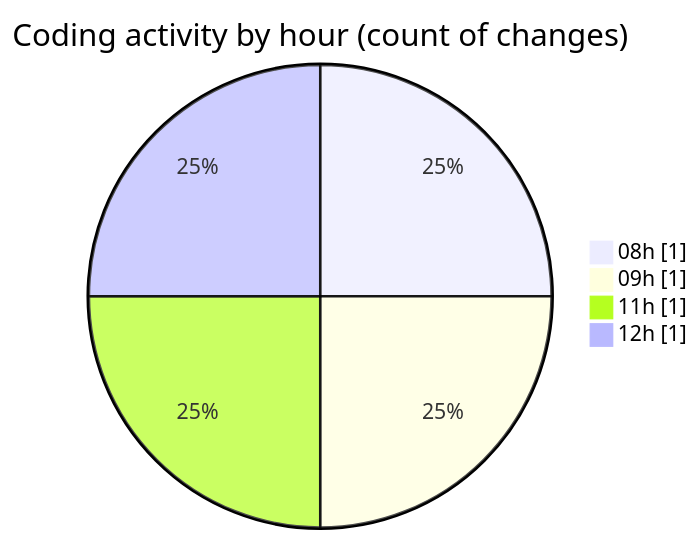
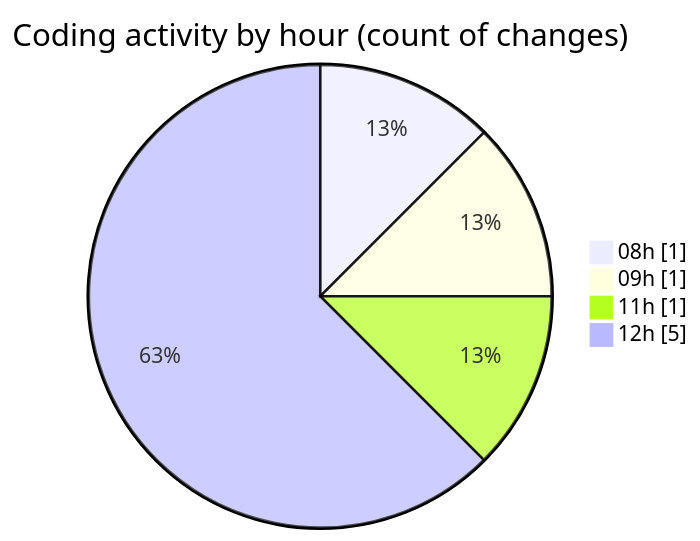
The second of 2 diagrams in 2026-03-26/cilapp/README.md (ricardozamudiocil/code-tracking), drawn with Mermaid before and after one commit. The commit also changed other lines of this file and 1 other file, not shown here.

````diff
--- a/2026-03-26/cilapp/README.md
+++ b/2026-03-26/cilapp/README.md
@@ -32,8 +34,8 @@
 ```mermaid
 pie showData
 title Coding activity by hour (count of changes)
 "08h" : 1
 "09h" : 1
 "11h" : 1
-"12h" : 1
+"12h" : 5
 ```
````
